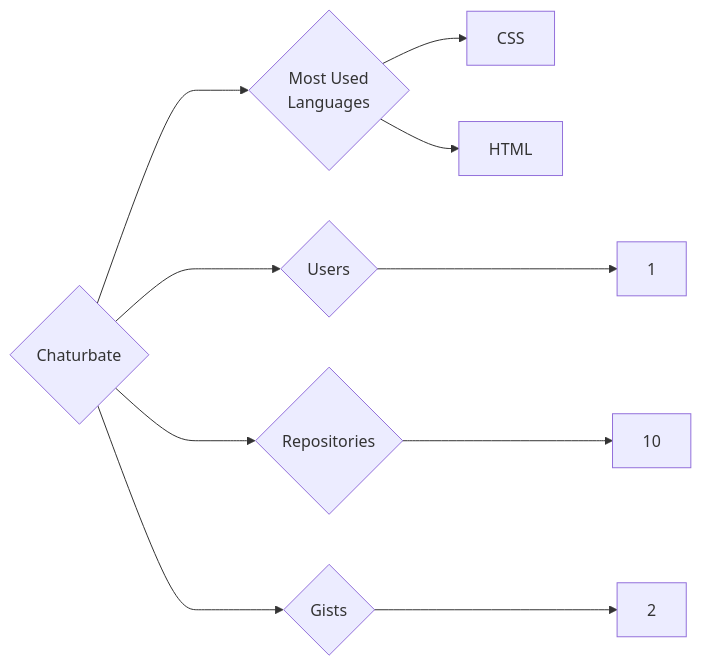
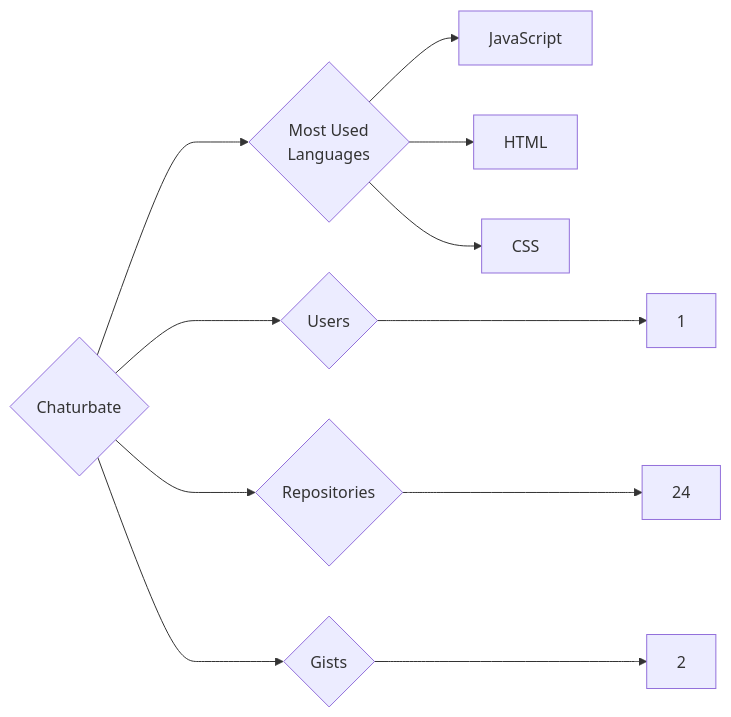
The diagram in targets/Chaturbate/README.md (trickest/insiders), drawn with Mermaid before and after one commit. The commit also changed 682 other files, not shown here.

````diff
--- a/targets/Chaturbate/README.md
+++ b/targets/Chaturbate/README.md
@@ -3,10 +3,11 @@
 ```mermaid
 graph LR
 COMPANY_NAME{Chaturbate}
 COMPANY_NAME ---> U{Users} ---> UN[1]
-COMPANY_NAME ---> R{Repositories} ---> RN[10]
+COMPANY_NAME ---> R{Repositories} ---> RN[24]
 COMPANY_NAME ---> G{Gists} ---> GN[2]
 COMPANY_NAME ---> ML{Most Used<br>Languages}
+ML --> JavaScript[JavaScript]
+ML --> HTML[HTML]
 ML --> CSS[CSS]
-ML --> HTML[HTML]
 ```
````
